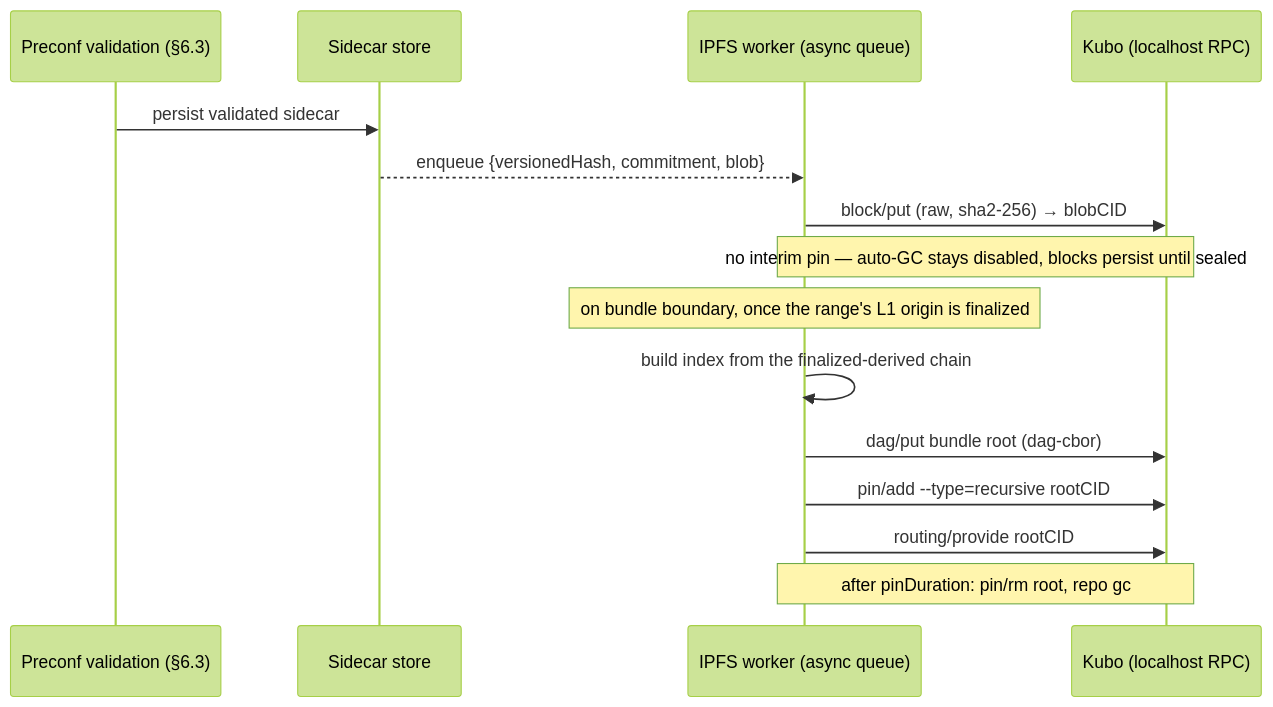
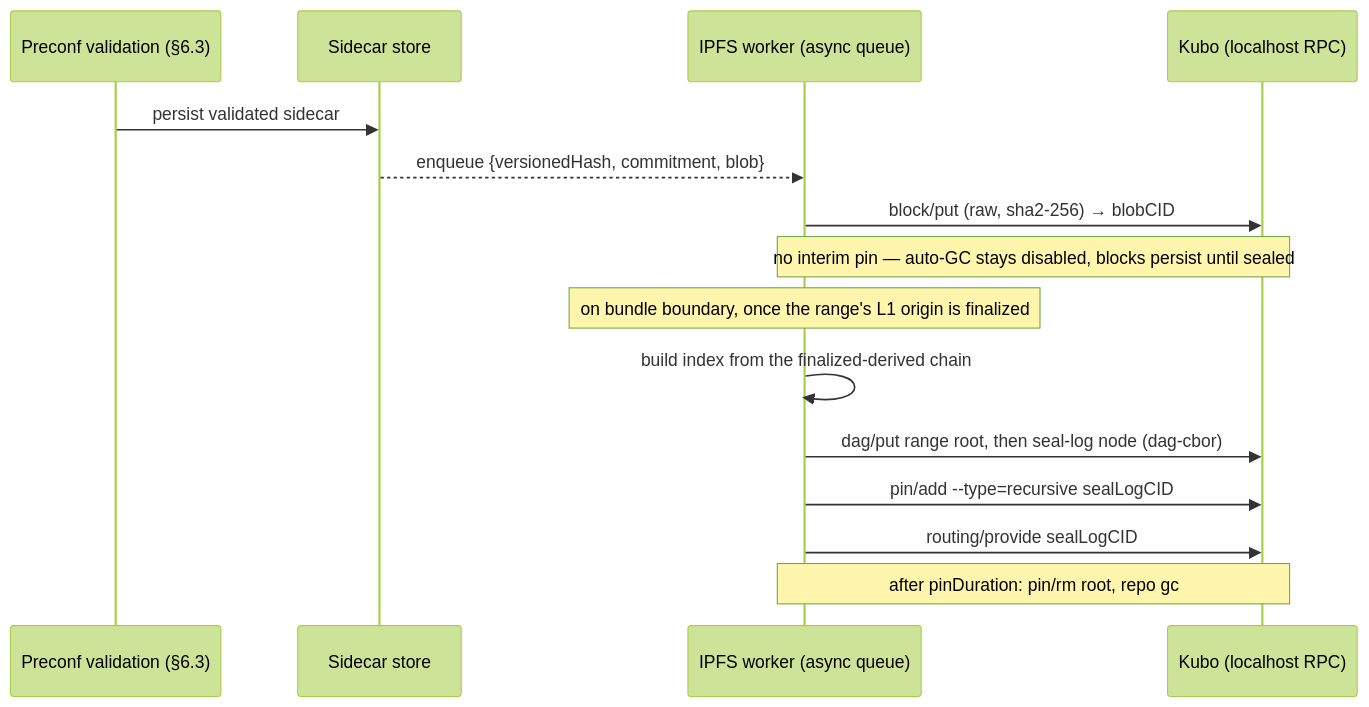
Before and after one commit to taikoxyz/taiko-mono: the second of 2 diagrams in packages/protocol/docs/l2_native_blobs.md, drawn with Mermaid (forest theme). The commit also changed other lines of this file, not shown here.

First line of the commit message:
docs(protocol): split range roots from seal-log lineage for true convergence

````diff
--- a/packages/protocol/docs/l2_native_blobs.md
+++ b/packages/protocol/docs/l2_native_blobs.md
@@ -214,18 +215,18 @@
 ```mermaid
 sequenceDiagram
     participant V as Preconf validation (§6.3)
     participant S as Sidecar store
     participant W as IPFS worker (async queue)
     participant K as Kubo (localhost RPC)
 
     V->>S: persist validated sidecar
     S-->>W: enqueue {versionedHash, commitment, blob}
     W->>K: block/put (raw, sha2-256) → blobCID
     Note over W,K: no interim pin — auto-GC stays disabled, blocks persist until sealed
     Note over W: on bundle boundary, once the range's L1 origin is finalized
     W->>W: build index from the finalized-derived chain
-    W->>K: dag/put bundle root (dag-cbor)
-    W->>K: pin/add --type=recursive rootCID
-    W->>K: routing/provide rootCID
+    W->>K: dag/put range root, then seal-log node (dag-cbor)
+    W->>K: pin/add --type=recursive sealLogCID
+    W->>K: routing/provide sealLogCID
     Note over W,K: after pinDuration: pin/rm root, repo gc
 ```
````
